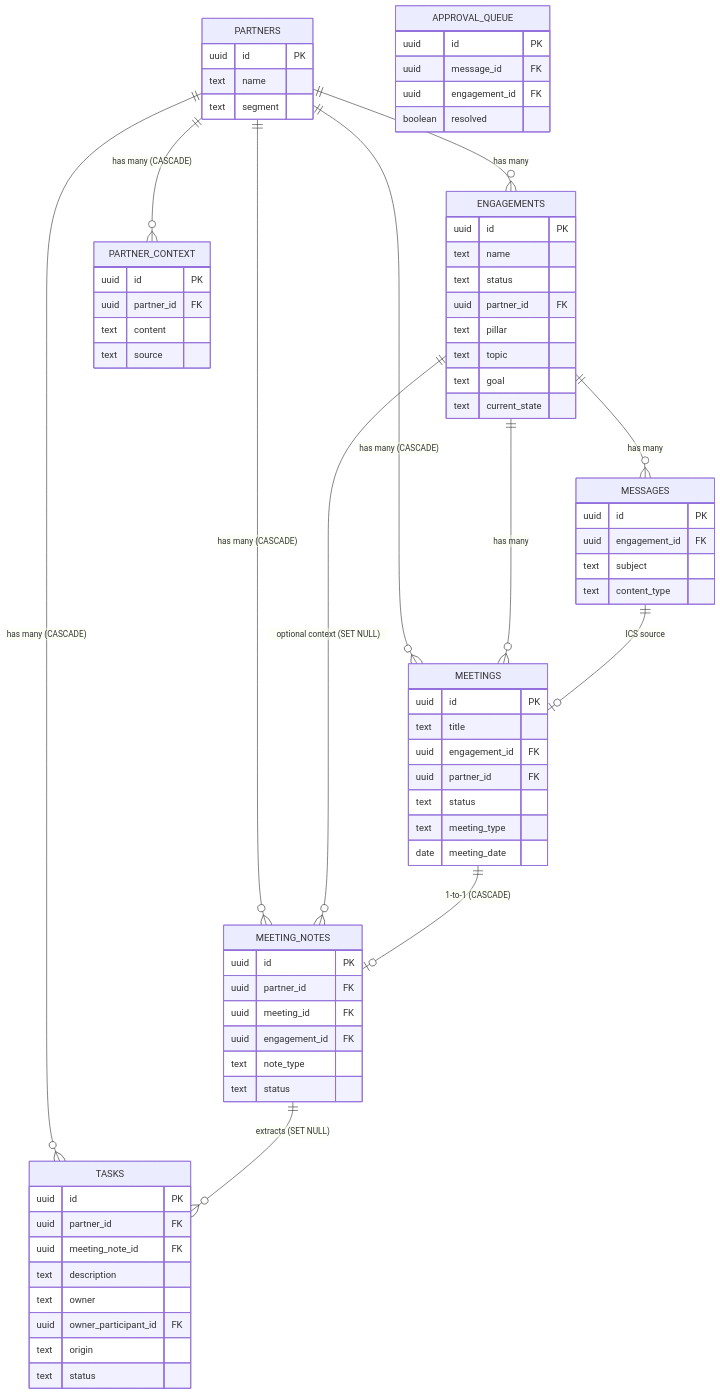
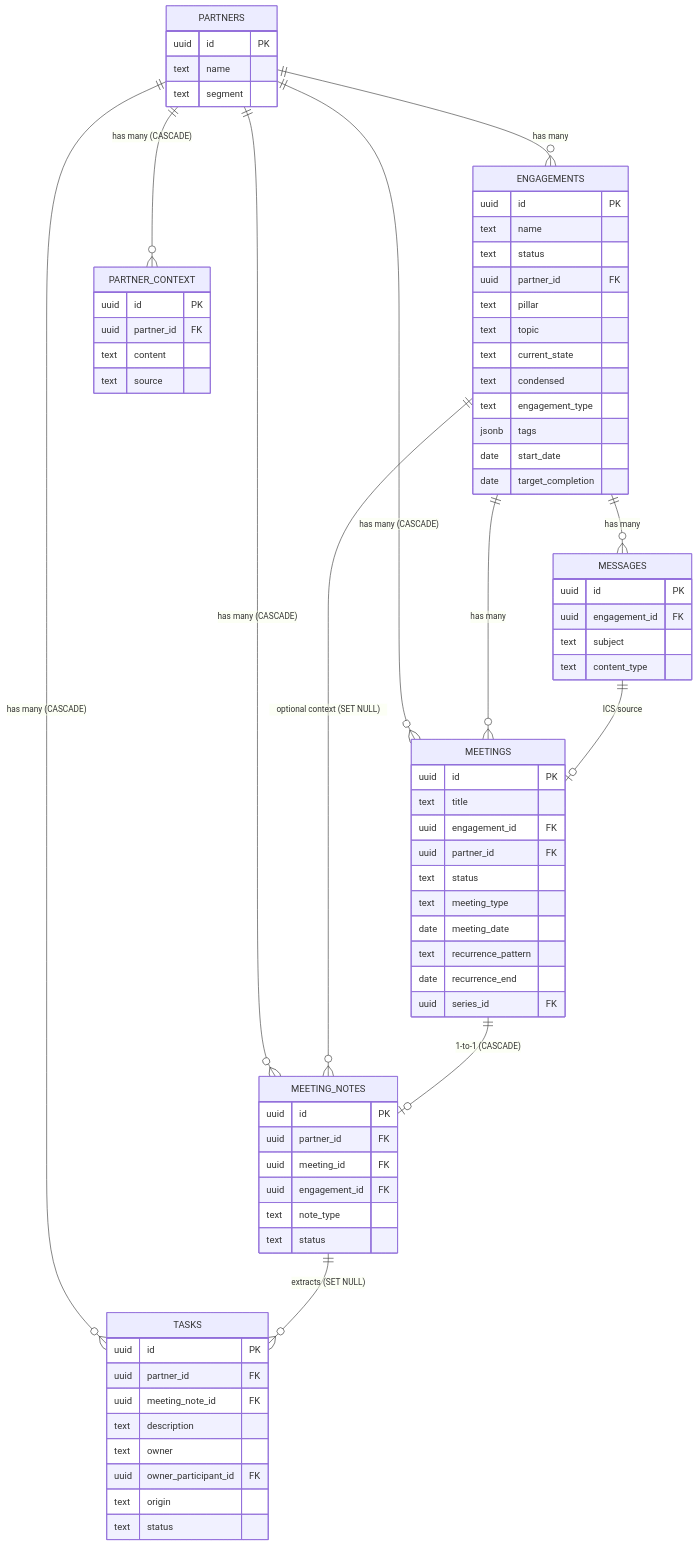
The third of 5 diagrams in docs/entity-model.md (zingozingo/roadrunner), drawn with Mermaid before and after one commit. The commit also changed other lines of this file, not shown here.

````diff
--- a/docs/entity-model.md
+++ b/docs/entity-model.md
@@ -254,76 +257,77 @@
 ```mermaid
 erDiagram
     PARTNERS ||--o{ ENGAGEMENTS : "has many"
     PARTNERS ||--o{ MEETINGS : "has many (CASCADE)"
     PARTNERS ||--o{ MEETING_NOTES : "has many (CASCADE)"
     PARTNERS ||--o{ TASKS : "has many (CASCADE)"
     PARTNERS ||--o{ PARTNER_CONTEXT : "has many (CASCADE)"
     ENGAGEMENTS ||--o{ MEETINGS : "has many"
     ENGAGEMENTS ||--o{ MESSAGES : "has many"
     ENGAGEMENTS ||--o{ MEETING_NOTES : "optional context (SET NULL)"
     MEETINGS ||--o| MEETING_NOTES : "1-to-1 (CASCADE)"
     MEETING_NOTES ||--o{ TASKS : "extracts (SET NULL)"
 
     MESSAGES ||--o| MEETINGS : "ICS source"
 
     PARTNERS {
         uuid id PK
         text name
         text segment
     }
     ENGAGEMENTS {
         uuid id PK
         text name
         text status
         uuid partner_id FK
         text pillar
         text topic
-        text goal
         text current_state
+        text condensed
+        text engagement_type
+        jsonb tags
+        date start_date
+        date target_completion
     }
     MEETINGS {
         uuid id PK
         text title
         uuid engagement_id FK
         uuid partner_id FK
         text status
         text meeting_type
         date meeting_date
+        text recurrence_pattern
+        date recurrence_end
+        uuid series_id FK
     }
     MEETING_NOTES {
         uuid id PK
         uuid partner_id FK
         uuid meeting_id FK
         uuid engagement_id FK
         text note_type
         text status
     }
     TASKS {
         uuid id PK
         uuid partner_id FK
         uuid meeting_note_id FK
         text description
         text owner
         uuid owner_participant_id FK
         text origin
         text status
     }
     MESSAGES {
         uuid id PK
         uuid engagement_id FK
         text subject
         text content_type
     }
-    APPROVAL_QUEUE {
-        uuid id PK
-        uuid message_id FK
-        uuid engagement_id FK
-        boolean resolved
-    }
     PARTNER_CONTEXT {
         uuid id PK
         uuid partner_id FK
         text content
         text source
     }
 ```
````
